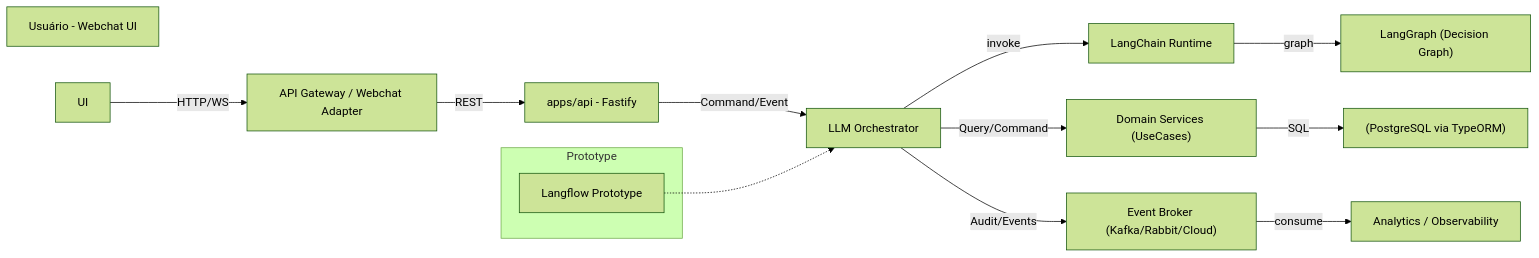
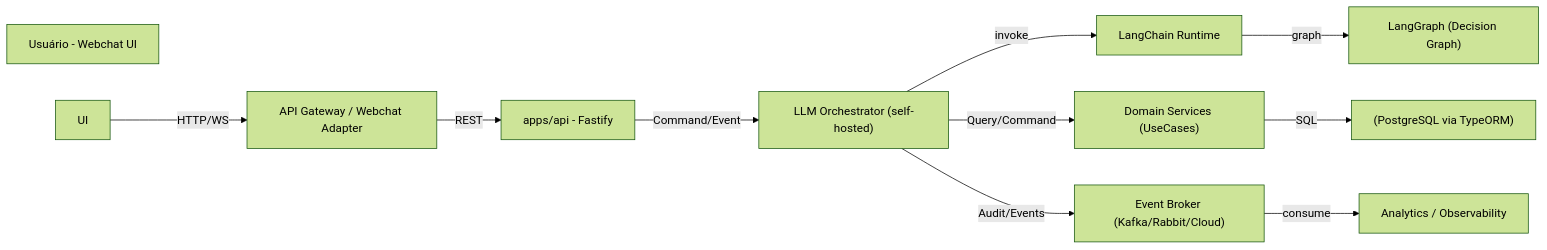
One commit to Vandrs/common-cornershop changed the first of 3 diagrams in docs/bot-ia-architecture.md. Above: the diagram before and after it, drawn with Mermaid (forest theme). The commit also changed other lines of this file and 1 other file, not shown here.

Commit message:
docs(bot-ia): remove langflow references and update architecture decisions

````diff
--- a/docs/bot-ia-architecture.md
+++ b/docs/bot-ia-architecture.md
@@ -55,18 +55,13 @@
 ```mermaid
 flowchart LR
   User["Usuário - Webchat UI"]
   UI -->|HTTP/WS| Gateway["API Gateway / Webchat Adapter"]
   Gateway -->|REST| API["apps/api - Fastify"]
-  API -->|Command/Event| Orchestrator["LLM Orchestrator"]
+  API -->|Command/Event| Orchestrator["LLM Orchestrator (self-hosted)"]
   Orchestrator -->|invoke| LangChain["LangChain Runtime"]
   LangChain -->|graph| LangGraph["LangGraph (Decision Graph)"]
   Orchestrator -->|Query/Command| Domain["Domain Services (UseCases)"]
   Domain -->|SQL| Postgres["(PostgreSQL via TypeORM)"]
   Orchestrator -->|Audit/Events| Broker["Event Broker (Kafka/Rabbit/Cloud)"]
   Broker -->|consume| Analytics["Analytics / Observability"]
-
-  subgraph Prototype
-    Langflow["Langflow Prototype"]
-  end
-  Langflow -.-> Orchestrator
 ```
````
